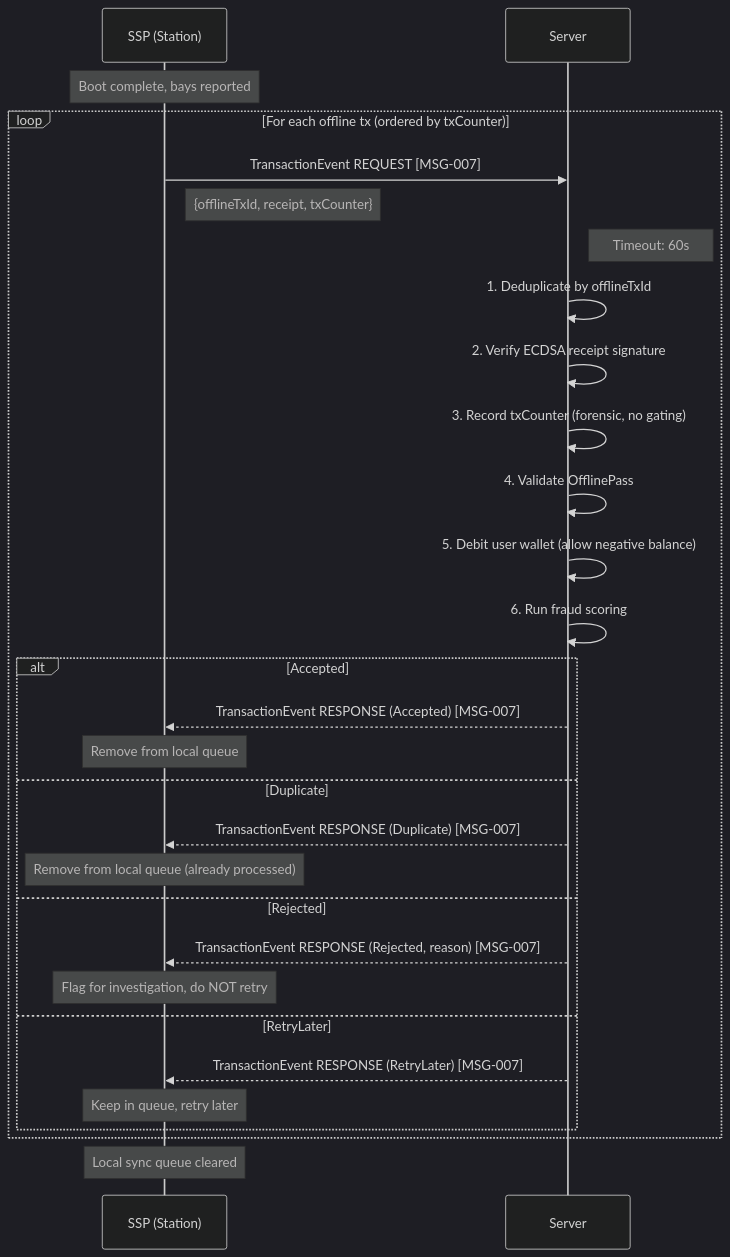
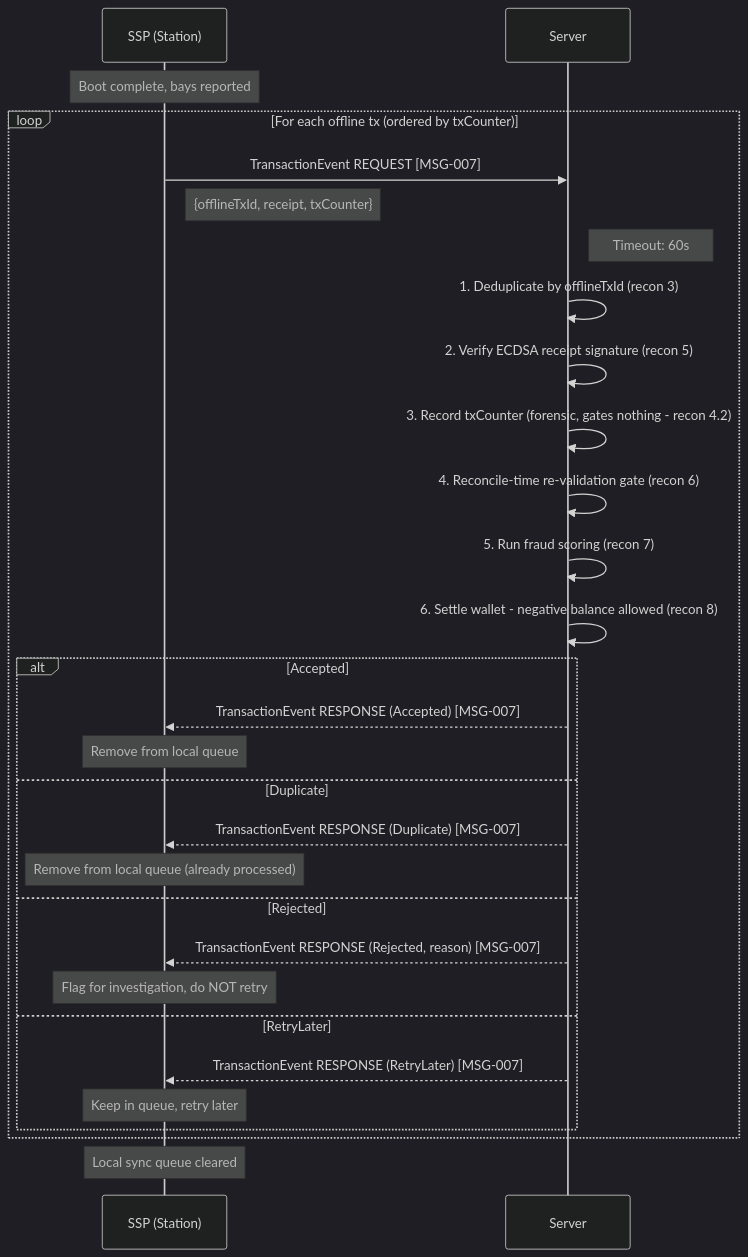
Diagram 12 of 19 in spec/04-flows.md (ospp-org/spec), drawn with Mermaid (dark theme) before and after one commit. The commit also changed other lines of this file and 29 other files, not shown here.

````diff
--- a/spec/04-flows.md
+++ b/spec/04-flows.md
@@ -1404,36 +1404,36 @@
 ```mermaid
 sequenceDiagram
     participant SSP as SSP (Station)
     participant Server
 
     Note over SSP: Boot complete, bays reported
 
     loop For each offline tx (ordered by txCounter)
         SSP->>Server: TransactionEvent REQUEST [MSG-007]
         Note right of SSP: {offlineTxId, receipt, txCounter}
         Note right of Server: Timeout: 60s
 
-        Server->>Server: 1. Deduplicate by offlineTxId
-        Server->>Server: 2. Verify ECDSA receipt signature
-        Server->>Server: 3. Record txCounter (forensic, no gating)
-        Server->>Server: 4. Validate OfflinePass
-        Server->>Server: 5. Debit user wallet (allow negative balance)
-        Server->>Server: 6. Run fraud scoring
+        Server->>Server: 1. Deduplicate by offlineTxId (recon 3)
+        Server->>Server: 2. Verify ECDSA receipt signature (recon 5)
+        Server->>Server: 3. Record txCounter (forensic, gates nothing - recon 4.2)
+        Server->>Server: 4. Reconcile-time re-validation gate (recon 6)
+        Server->>Server: 5. Run fraud scoring (recon 7)
+        Server->>Server: 6. Settle wallet - negative balance allowed (recon 8)
 
         alt Accepted
             Server-->>SSP: TransactionEvent RESPONSE (Accepted) [MSG-007]
             Note over SSP: Remove from local queue
         else Duplicate
             Server-->>SSP: TransactionEvent RESPONSE (Duplicate) [MSG-007]
             Note over SSP: Remove from local queue (already processed)
         else Rejected
             Server-->>SSP: TransactionEvent RESPONSE (Rejected, reason) [MSG-007]
             Note over SSP: Flag for investigation, do NOT retry
         else RetryLater
             Server-->>SSP: TransactionEvent RESPONSE (RetryLater) [MSG-007]
             Note over SSP: Keep in queue, retry later
         end
     end
 
     Note over SSP: Local sync queue cleared
 ```
````
